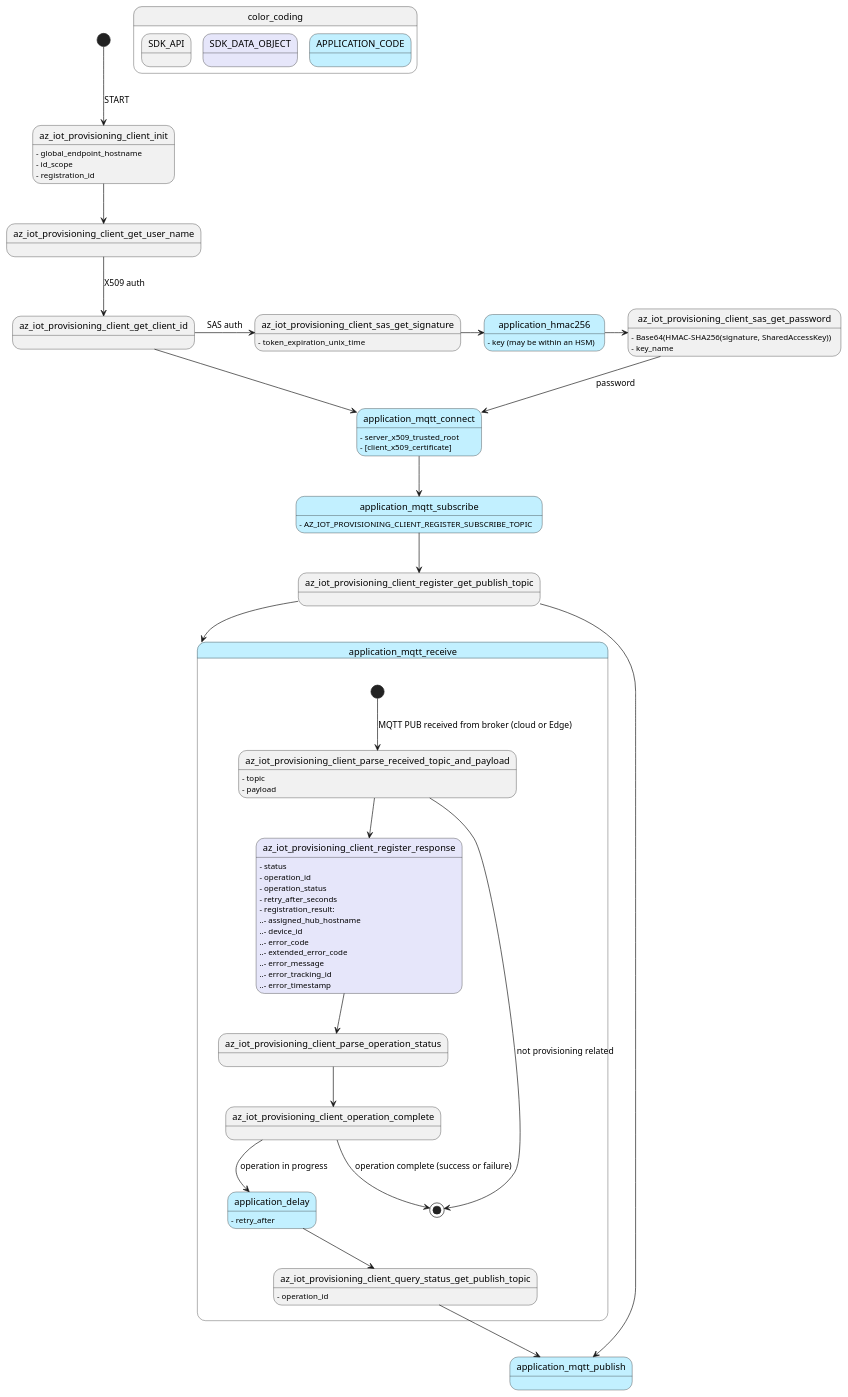
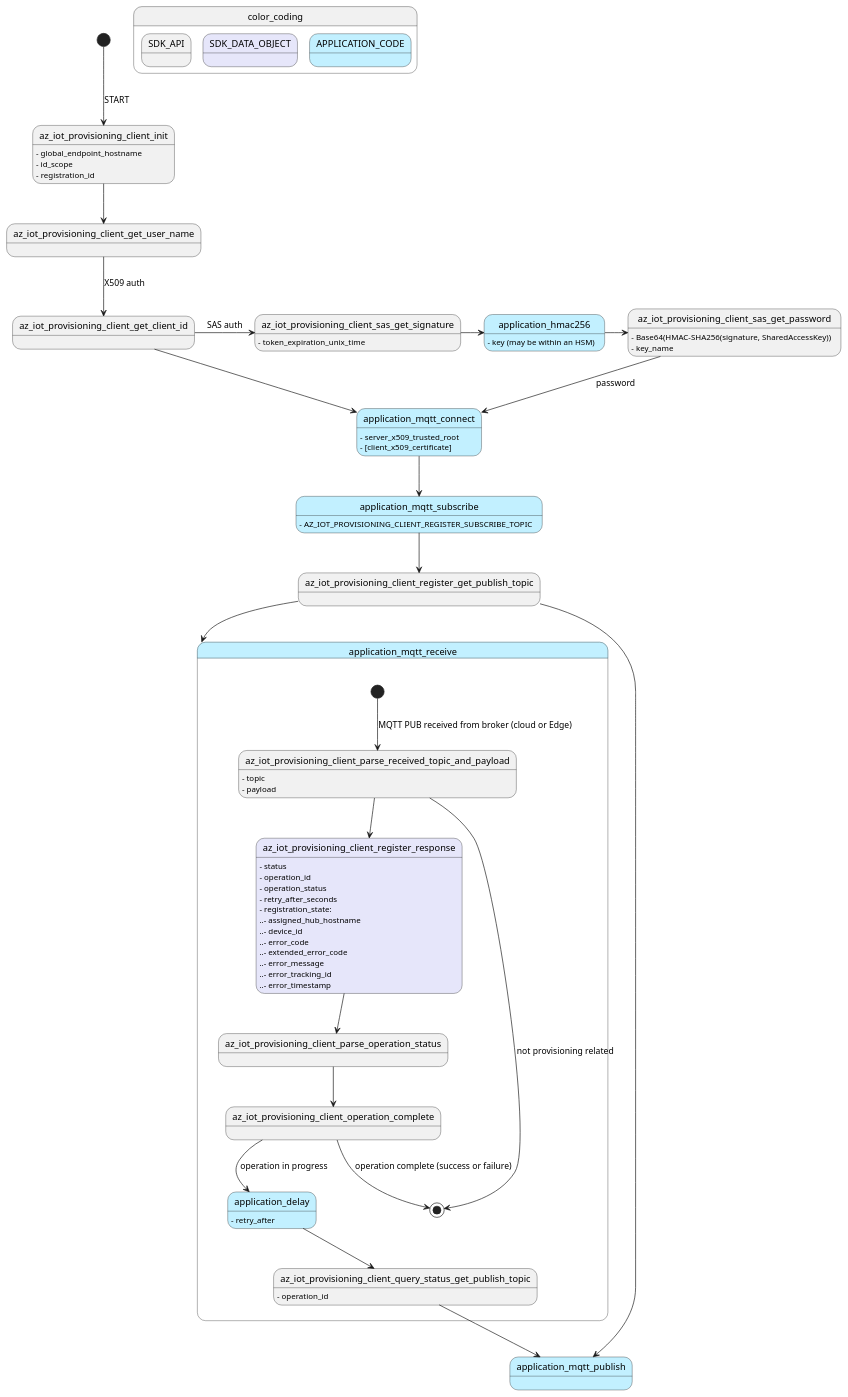
Before and after one commit to Azure/azure-sdk-for-c: the diagram in sdk/docs/iot/resources/iot_provisioning_flow.puml, drawn with PlantUML. The commit also changed 5 other files, not shown here.

Commit message:
update provisioning field name to registration state

```diff
--- a/sdk/docs/iot/resources/iot_provisioning_flow.puml
+++ b/sdk/docs/iot/resources/iot_provisioning_flow.puml
@@ -1,92 +1,92 @@
 @startuml
 
 skinparam state {
     BackgroundColor<<APP>> APPLICATION
     BackgroundColor<<STRUCT>> Lavender
 }
 
 state color_coding {
     state SDK_API
     state SDK_DATA_OBJECT <<STRUCT>>
     state APPLICATION_CODE <<APP>>
 }
 
 ' Init
 [*] --> az_iot_provisioning_client_init: START
 az_iot_provisioning_client_init --> az_iot_provisioning_client_get_user_name
 az_iot_provisioning_client_get_user_name --> az_iot_provisioning_client_get_client_id : X509 auth
 state application_mqtt_connect <<APP>>
 az_iot_provisioning_client_get_client_id --> application_mqtt_connect
 
 ' Optional SAS token generation:
 az_iot_provisioning_client_get_client_id -> az_iot_provisioning_client_sas_get_signature : SAS auth
 az_iot_provisioning_client_sas_get_signature -> application_hmac256
 application_hmac256 -> az_iot_provisioning_client_sas_get_password
 az_iot_provisioning_client_sas_get_password --> application_mqtt_connect : password
 state application_hmac256 <<APP>>
 
 ' Subscribe
 application_mqtt_connect --> application_mqtt_subscribe
 state application_mqtt_subscribe <<APP>>
 'application_mqtt_subscribe --> application_mqtt_receive : MQTT lib subscribed
 
 ' Register
 application_mqtt_subscribe --> az_iot_provisioning_client_register_get_publish_topic
 az_iot_provisioning_client_register_get_publish_topic --> application_mqtt_publish
 az_iot_provisioning_client_register_get_publish_topic --> application_mqtt_receive
 state application_mqtt_publish <<APP>>
 
 state application_mqtt_receive <<APP>> { 
 ' MQTT PUB received
     [*] --> az_iot_provisioning_client_parse_received_topic_and_payload: MQTT PUB received from broker (cloud or Edge)
     az_iot_provisioning_client_parse_received_topic_and_payload --> az_iot_provisioning_client_register_response
     az_iot_provisioning_client_parse_received_topic_and_payload --> [*] : not provisioning related
 
     az_iot_provisioning_client_register_response --> az_iot_provisioning_client_parse_operation_status
 
     az_iot_provisioning_client_parse_operation_status --> az_iot_provisioning_client_operation_complete
     az_iot_provisioning_client_operation_complete --> [*] : operation complete (success or failure)
     az_iot_provisioning_client_operation_complete --> application_delay : operation in progress
     state application_delay <<APP>>
     application_delay --> az_iot_provisioning_client_query_status_get_publish_topic
     az_iot_provisioning_client_query_status_get_publish_topic --> application_mqtt_publish
 }
 
 ' Provisioning client:
 az_iot_provisioning_client_init : - global_endpoint_hostname
 az_iot_provisioning_client_init : - id_scope
 az_iot_provisioning_client_init : - registration_id
 
 ' SAS Tokens
 az_iot_provisioning_client_sas_get_signature : - token_expiration_unix_time
 
 az_iot_provisioning_client_parse_received_topic_and_payload : - topic
 az_iot_provisioning_client_parse_received_topic_and_payload : - payload
 
 state az_iot_provisioning_client_register_response <<STRUCT>>
 az_iot_provisioning_client_register_response : - status
 az_iot_provisioning_client_register_response : - operation_id
 az_iot_provisioning_client_register_response : - operation_status
 az_iot_provisioning_client_register_response : - retry_after_seconds
-az_iot_provisioning_client_register_response : - registration_result:
+az_iot_provisioning_client_register_response : - registration_state:
 az_iot_provisioning_client_register_response : ..- assigned_hub_hostname
 az_iot_provisioning_client_register_response : ..- device_id
 az_iot_provisioning_client_register_response : ..- error_code
 az_iot_provisioning_client_register_response : ..- extended_error_code
 az_iot_provisioning_client_register_response : ..- error_message
 az_iot_provisioning_client_register_response : ..- error_tracking_id
 az_iot_provisioning_client_register_response : ..- error_timestamp
 
 az_iot_provisioning_client_sas_get_password: - Base64(HMAC-SHA256(signature, SharedAccessKey))
 az_iot_provisioning_client_sas_get_password: - key_name
 
 az_iot_provisioning_client_query_status_get_publish_topic : - operation_id
 
 ' Application interfaces
 application_mqtt_connect : - server_x509_trusted_root
 application_mqtt_connect : - [client_x509_certificate]
 application_mqtt_subscribe: - AZ_IOT_PROVISIONING_CLIENT_REGISTER_SUBSCRIBE_TOPIC
 application_delay : - retry_after
 application_hmac256 : - key (may be within an HSM)
 
 @enduml
```
